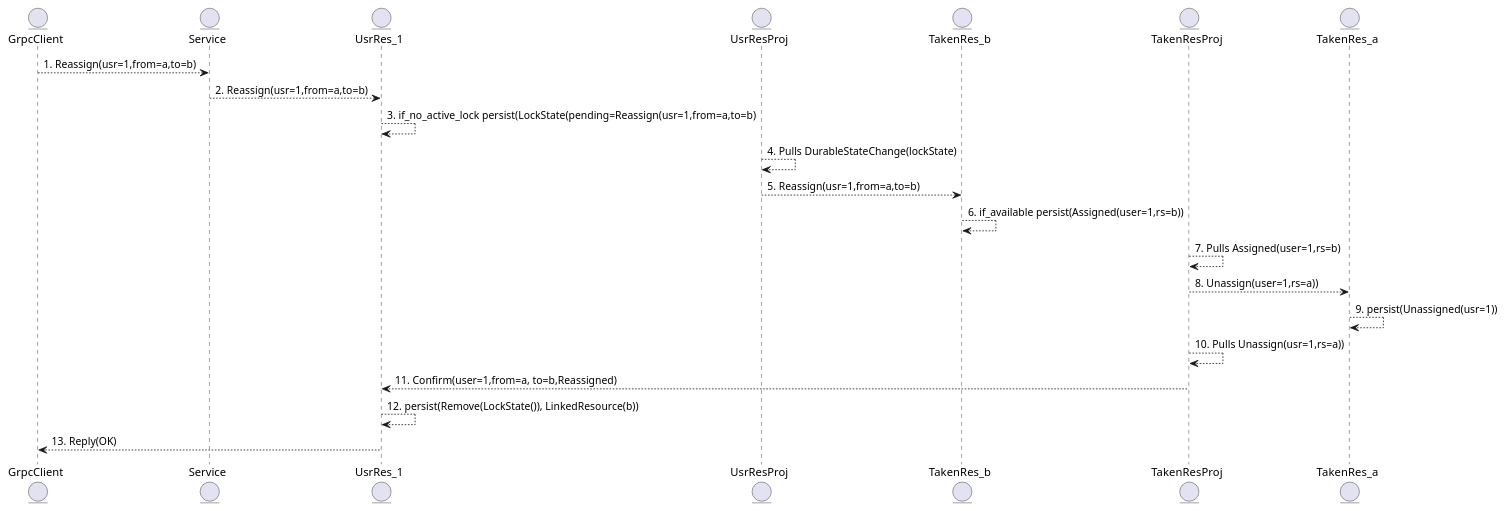
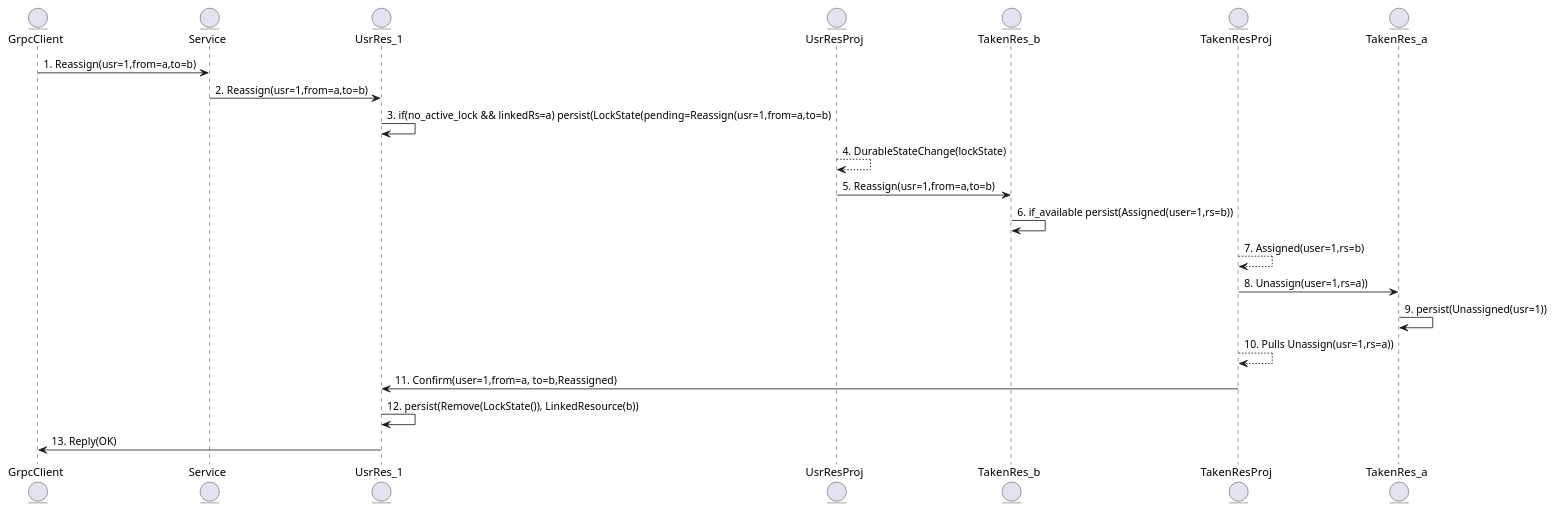
One commit to haghard/unique-resource-management changed the third of 3 diagrams in diagrams.md. Above: the diagram before and after it, drawn with PlantUML. The commit also changed other lines of this file and 1 other file, not shown here.

````diff
--- a/diagrams.md
+++ b/diagrams.md
@@ -92,39 +92,39 @@
 ```plantuml
 @startuml
 
 entity GrpcClient
 
 entity Service
 
 entity UsrRes_1
 
 entity UsrResProj
 
 entity TakenRes_b
 
 entity TakenResProj
 
 entity TakenRes_a
 
 
-GrpcClient --> Service:1. Reassign(usr=1,from=a,to=b)
-Service --> UsrRes_1:2. Reassign(usr=1,from=a,to=b)
-UsrRes_1 --> UsrRes_1:3. if_no_active_lock persist(LockState(pending=Reassign(usr=1,from=a,to=b)
+GrpcClient -> Service:1. Reassign(usr=1,from=a,to=b)
+Service -> UsrRes_1:2. Reassign(usr=1,from=a,to=b)
+UsrRes_1 -> UsrRes_1:3. if(no_active_lock && linkedRs=a) persist(LockState(pending=Reassign(usr=1,from=a,to=b)
 
-UsrResProj --> UsrResProj:4. Pulls DurableStateChange(lockState)
+UsrResProj --> UsrResProj:4. DurableStateChange(lockState)
 
-UsrResProj --> TakenRes_b:5. Reassign(usr=1,from=a,to=b)  
+UsrResProj -> TakenRes_b:5. Reassign(usr=1,from=a,to=b)  
 
-TakenRes_b --> TakenRes_b:6. if_available persist(Assigned(user=1,rs=b))
+TakenRes_b -> TakenRes_b:6. if_available persist(Assigned(user=1,rs=b))
 
-TakenResProj --> TakenResProj:7. Pulls Assigned(user=1,rs=b)  
-TakenResProj --> TakenRes_a:8. Unassign(user=1,rs=a))
-TakenRes_a --> TakenRes_a:9. persist(Unassigned(usr=1))
+TakenResProj --> TakenResProj:7. Assigned(user=1,rs=b)  
+TakenResProj -> TakenRes_a:8. Unassign(user=1,rs=a))
+TakenRes_a -> TakenRes_a:9. persist(Unassigned(usr=1))
 
 TakenResProj --> TakenResProj:10. Pulls Unassign(usr=1,rs=a))
-TakenResProj --> UsrRes_1:11. Confirm(user=1,from=a, to=b,Reassigned) 
-UsrRes_1 --> UsrRes_1:12. persist(Remove(LockState()), LinkedResource(b))
-UsrRes_1 --> GrpcClient:13. Reply(OK)
+TakenResProj -> UsrRes_1:11. Confirm(user=1,from=a, to=b,Reassigned) 
+UsrRes_1 -> UsrRes_1:12. persist(Remove(LockState()), LinkedResource(b))
+UsrRes_1 -> GrpcClient:13. Reply(OK)
 
 @enduml
 ```
````
